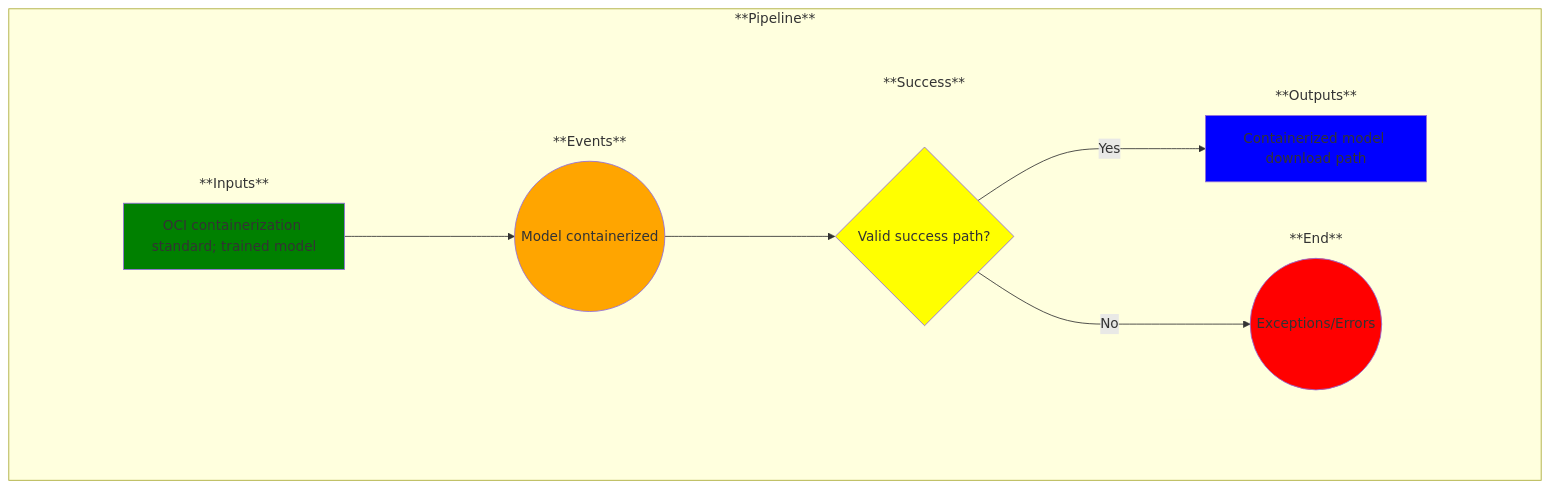
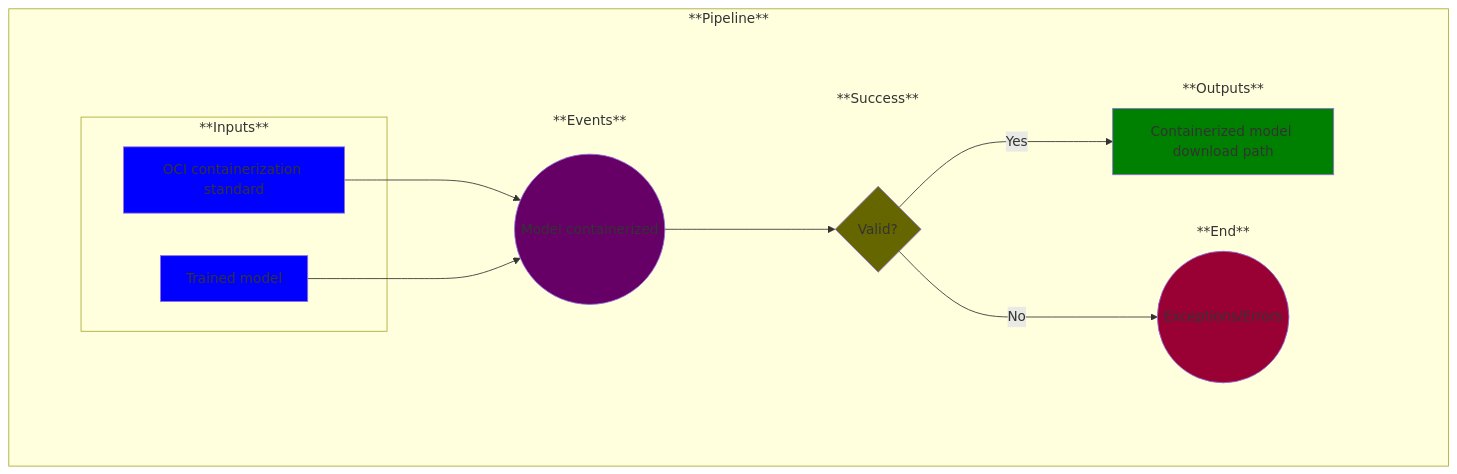
The diagram in use-cases/12-model-containerized.md (MLOps-OpenAPI/arch-diagrams), drawn with Mermaid before and after one commit. The commit also changed other lines of this file and 9 other files, not shown here.

````diff
--- a/use-cases/12-model-containerized.md
+++ b/use-cases/12-model-containerized.md
@@ -16,65 +16,72 @@
 ```mermaid
 
 %% Creating a left-to-right flowchart
 %% Learn the syntax here: https://mermaid.js.org/syntax/flowchart.html
 %% Note: flowchart and graph are the same in Mermaid
 graph LR;
 
     %% Define the common flow items:
     %%A--> B
     %%B-->C
     subgraph Pipeline ["**Pipeline**"]
         
         %% Add an empty node to overcome some formatting issues
         subgraph invisibleSpace["<br/>"]
 
             %% Add the rest of the nodes
             subgraph Inputs ["**Inputs**"]
-                A
+                A1
+            end
+            subgraph Inputs ["**Inputs**"]
+                A2
             end
             subgraph Events ["**Events**"]
                 B
             end
             subgraph Success ["**Success**"]
                 C
             end
             subgraph End ["**End**"]
                 D
             end
             subgraph Outputs ["**Outputs**"]
                 E
             end
         end
-        A-->B
+        A1-->B
+        A2-->B
         B-->C
         C--> | No | D
         C--> | Yes | E
     end
 
     %% Now label and style the blocks
     %% Note: You could have done this above, but I find this to be cleaner and easier to manage
 
-    A[OCI containerization standard; trained model]
-    style A fill:green
+    A1[OCI containerization standard]
+    style A1 fill:blue
+
+    A2[Trained model]
+    style A2 fill:blue
 
     B((Model containerized))
-    style B fill:orange
+    style B fill:#660066
 
-    C{Valid success path?}
-    style C fill:yellow
+    C{Valid?}
+    style C fill:#666600
 
     D((Exceptions/Errors))
-    style D fill:red
+    style D fill:#990033
 
     E[Containerized model download path]
-    style E fill:blue
+    style E fill:green
 
     %% Remove unnecessary box outlines
     style invisibleSpace stroke-width:0
     style Inputs stroke-width:0
     style Events stroke-width:0
     style Outputs stroke-width:0
     style End stroke-width:0
     style Success stroke-width:0
 
 ```
````
